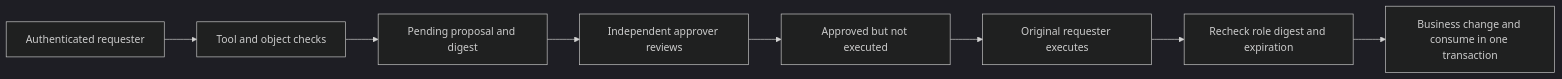
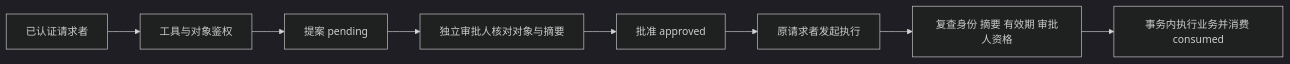
Before and after one commit to zongemory-spec/agent-security-lab: the diagram in README.md, drawn with Mermaid (dark theme). The commit also changed other lines of this file and 9 other files, not shown here.

````diff
--- a/README.md
+++ b/README.md
@@ -69,10 +29,10 @@
 ```mermaid
 flowchart LR
-    U[Authenticated requester] --> T[Tool and object checks]
-    T --> P[Pending proposal and digest]
-    P --> R[Independent approver reviews]
-    R --> A[Approved but not executed]
-    A --> E[Original requester executes]
-    E --> V[Recheck role digest and expiration]
-    V --> C[Business change and consume in one transaction]
+    U[已认证请求者] --> T[工具与对象鉴权]
+    T --> P[提案 pending]
+    P --> R[独立审批人核对对象与摘要]
+    R --> A[批准 approved]
+    A --> E[原请求者发起执行]
+    E --> V[复查身份 摘要 有效期 审批人资格]
+    V --> C[事务内执行业务并消费 consumed]
 ```
````
